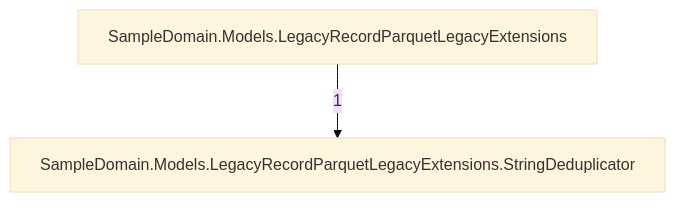
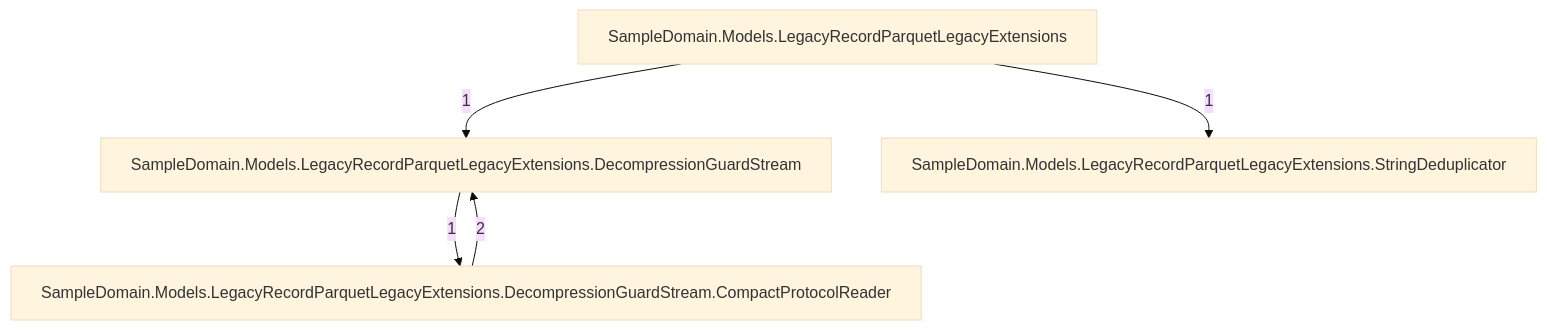
One commit to rtkelly13/Parquet.SourceGenerator changed the first of 7 diagrams in docs/callgraph-generated.md. Above: the diagram before and after it, drawn with Mermaid (base theme). The commit also changed other lines of this file and 11 other files, not shown here.

Commit message:
fix(safety): preserve structural gates for decompression guard

````diff
--- a/docs/callgraph-generated.md
+++ b/docs/callgraph-generated.md
@@ -10,6 +10,11 @@
 ```mermaid
 graph TD
     tsampledomainmodelslegacyrecordparquetlegacyextensions_055["SampleDomain.Models.LegacyRecordParquetLegacyExtensions"]
+    tsampledomainmodelslegacyrecordparquetlegacyextensionsdecompressionguardstream_080["SampleDomain.Models.LegacyRecordParquetLegacyExtensions.DecompressionGuardStream"]
+    tsampledomainmodelslegacyrecordparquetlegacyextensionsdecompressionguardstreamcompactprotocolreader_102["SampleDomain.Models.LegacyRecordParquetLegacyExtensions.DecompressionGuardStream.CompactProtocolReader"]
     tsampledomainmodelslegacyrecordparquetlegacyextensionsstringdeduplicator_074["SampleDomain.Models.LegacyRecordParquetLegacyExtensions.StringDeduplicator"]
+    tsampledomainmodelslegacyrecordparquetlegacyextensionsdecompressionguardstreamcompactprotocolreader_102 -->|2| tsampledomainmodelslegacyrecordparquetlegacyextensionsdecompressionguardstream_080
+    tsampledomainmodelslegacyrecordparquetlegacyextensionsdecompressionguardstream_080 -->|1| tsampledomainmodelslegacyrecordparquetlegacyextensionsdecompressionguardstreamcompactprotocolreader_102
+    tsampledomainmodelslegacyrecordparquetlegacyextensions_055 -->|1| tsampledomainmodelslegacyrecordparquetlegacyextensionsdecompressionguardstream_080
     tsampledomainmodelslegacyrecordparquetlegacyextensions_055 -->|1| tsampledomainmodelslegacyrecordparquetlegacyextensionsstringdeduplicator_074
 ```
````
